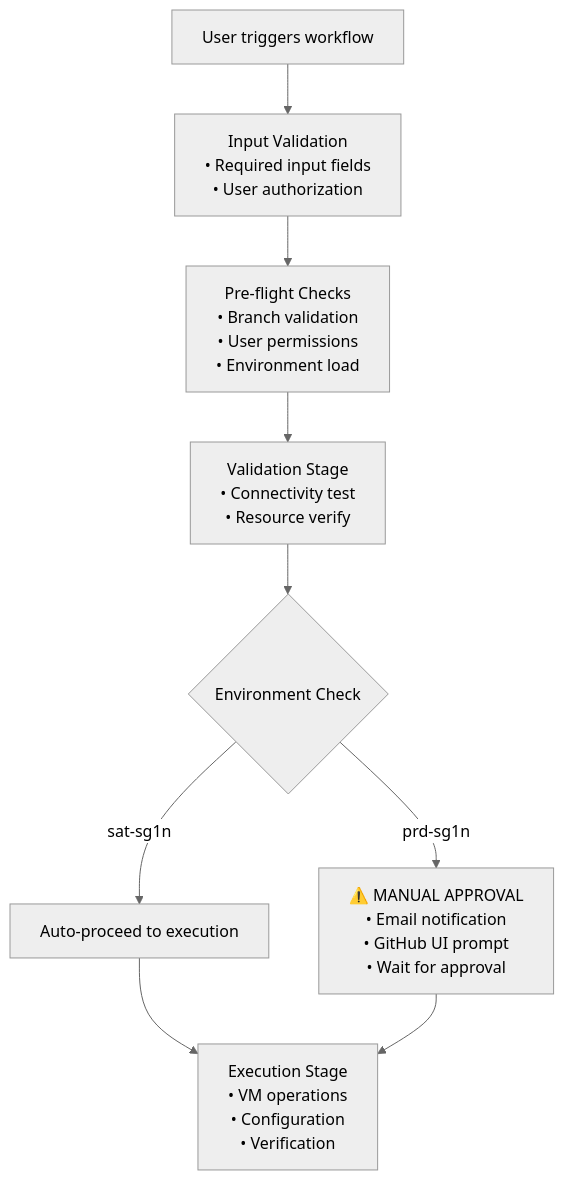
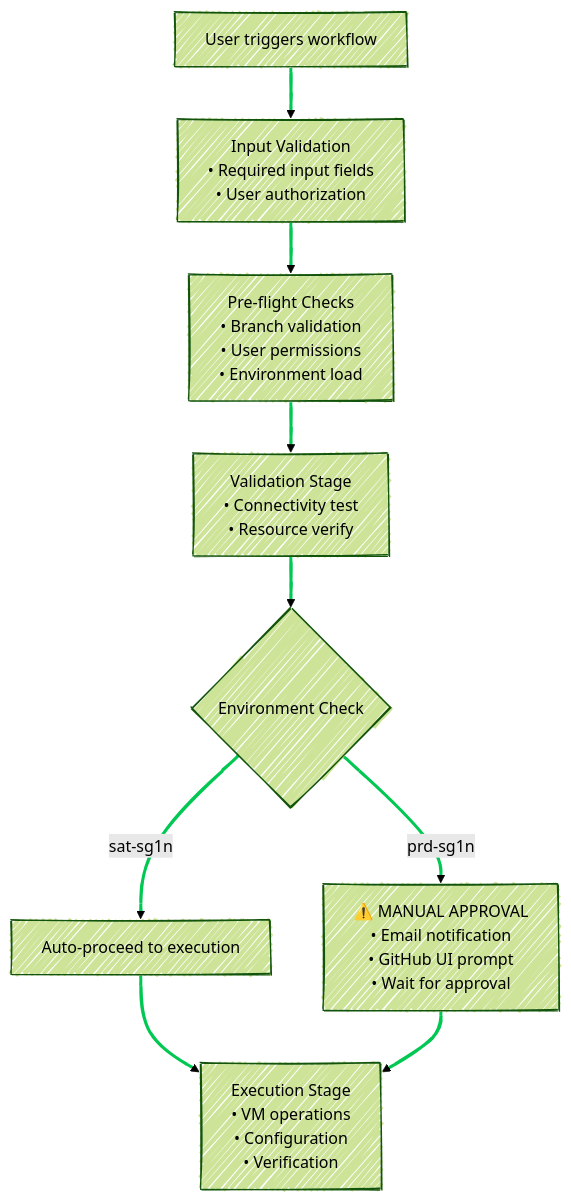
The diagram in docs/architecture.md (MercuryBridge/iac-vsphere), drawn with Mermaid before and after one commit.

````diff
--- a/docs/architecture.md
+++ b/docs/architecture.md
@@ -244,15 +244,18 @@
 ```mermaid
 ---
 config:
-  theme: neutral
+  look: handDrawn
+  theme: forest
 ---
 flowchart TD
     A[User triggers workflow] --> B[Input Validation<br/>• Required input fields<br/>• User authorization]
     B --> C[Pre-flight Checks<br/>• Branch validation<br/>• User permissions<br/>• Environment load]
     C --> D[Validation Stage<br/>• Connectivity test<br/>• Resource verify]
     D --> E{Environment Check}
     E -->|sat-sg1n| F[Auto-proceed to execution]
     E -->|prd-sg1n| G[⚠️ MANUAL APPROVAL<br/>• Email notification<br/>• GitHub UI prompt<br/>• Wait for approval]
     F --> H[Execution Stage<br/>• VM operations<br/>• Configuration<br/>• Verification]
     G --> H
+
+    linkStyle default stroke:#00C853,stroke-width:3px
 ```
````
